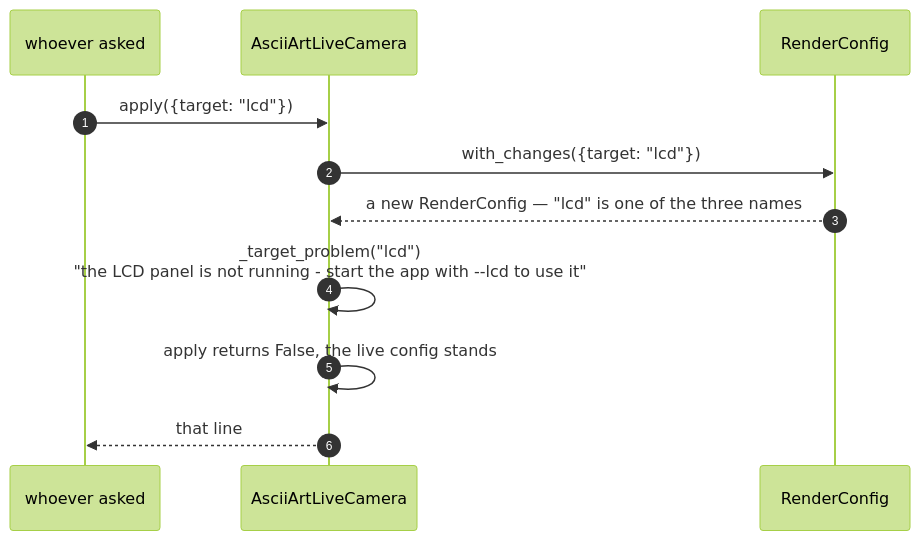
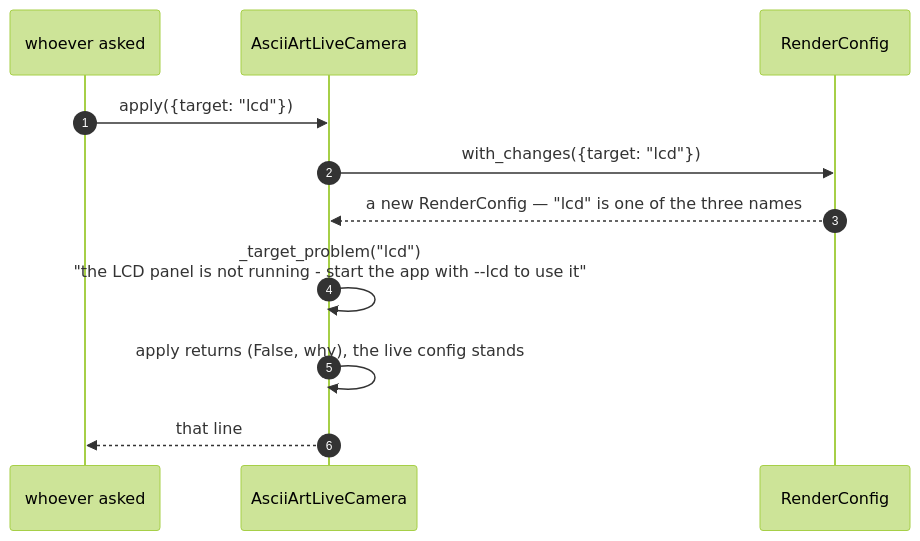
The second of 2 diagrams in docs/scenarios/a-render-configuration-change-is-refused.md (replicant1/AsciiArt-Pi), drawn with Mermaid (forest theme) before and after one commit. The commit also changed other lines of this file and 10 other files, not shown here.

````diff
--- a/docs/scenarios/a-render-configuration-change-is-refused.md
+++ b/docs/scenarios/a-render-configuration-change-is-refused.md
@@ -67,14 +67,14 @@
 ```mermaid
 sequenceDiagram
     autonumber
     participant Asker as whoever asked
     participant App as AsciiArtLiveCamera
     participant Cfg as RenderConfig
 
     Asker->>App: apply({target: "lcd"})
     App->>Cfg: with_changes({target: "lcd"})
     Cfg-->>App: a new RenderConfig — "lcd" is one of the three names
     App->>App: _target_problem("lcd")<br/>"the LCD panel is not running - start the app with --lcd to use it"
-    App->>App: apply returns False, the live config stands
+    App->>App: apply returns (False, why), the live config stands
     App-->>Asker: that line
 ```
````
